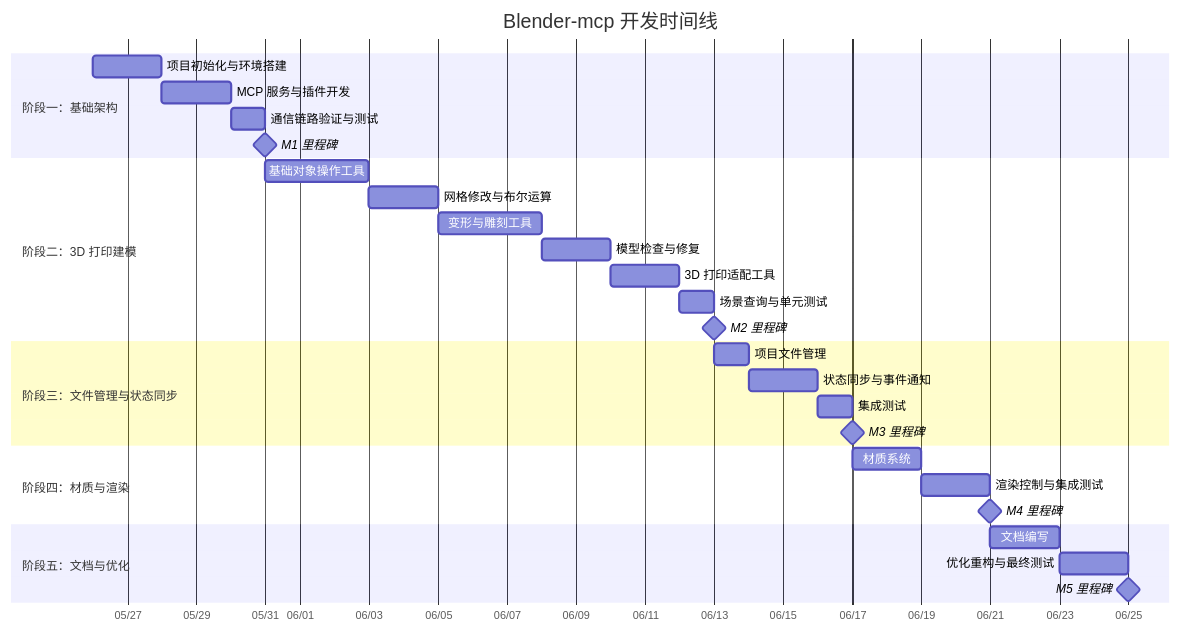
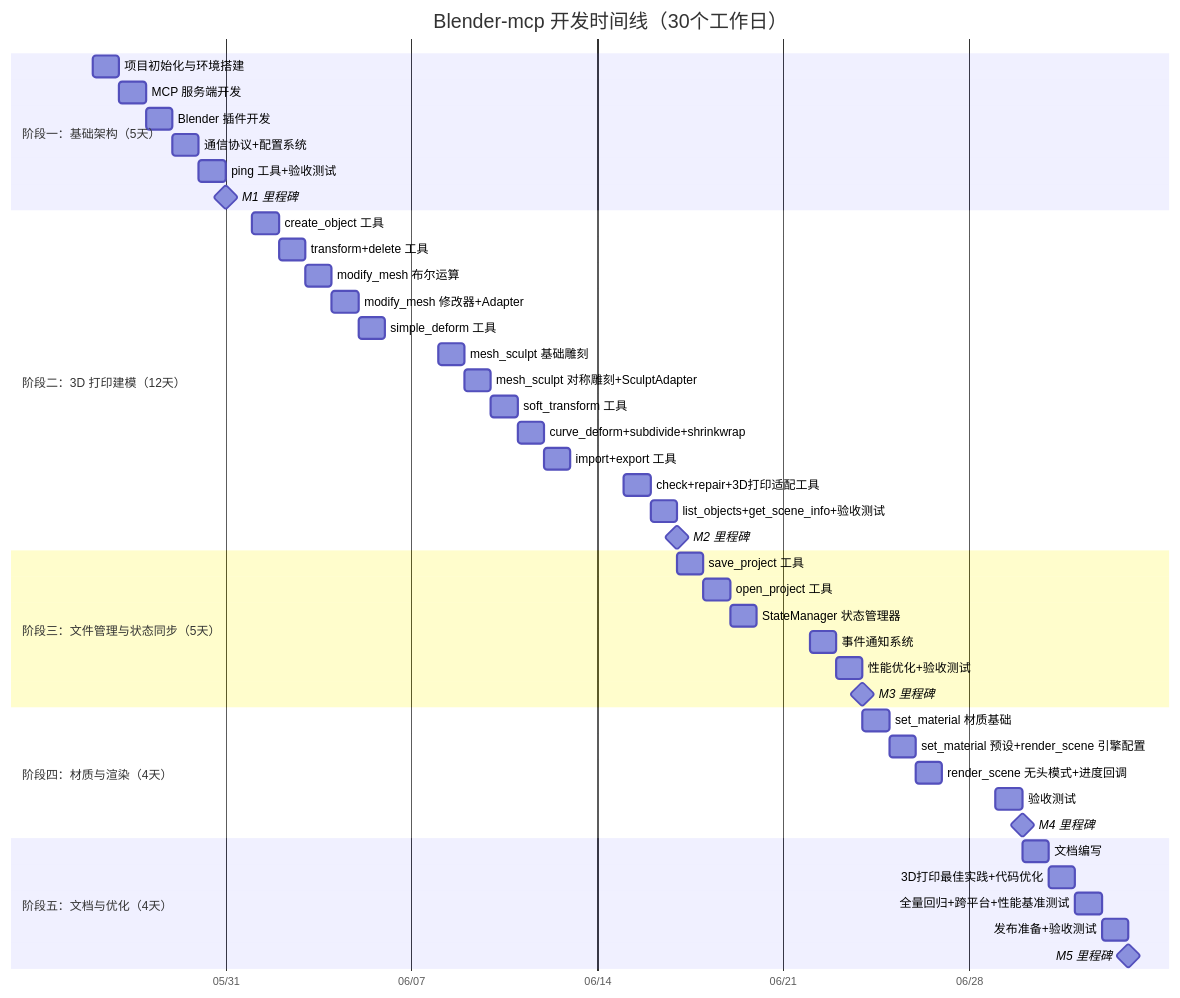
One commit to xjdxjd/Blender-MCP changed the first of 2 diagrams in document/开发计划.md. Above: the diagram before and after it, drawn with Mermaid. The commit also changed other lines of this file, not shown here.

````diff
--- a/document/开发计划.md
+++ b/document/开发计划.md
@@ -38,37 +39,51 @@
 ```mermaid
 gantt
-    title Blender-mcp 开发时间线
+    title Blender-mcp 开发时间线（30个工作日）
     dateFormat  YYYY-MM-DD
     axisFormat  %m/%d
 
-    section 阶段一：基础架构
-    项目初始化与环境搭建       :a1, 2026-05-26, 2d
-    MCP 服务与插件开发         :a2, after a1, 2d
-    通信链路验证与测试         :a3, after a2, 1d
-    M1 里程碑                  :milestone, after a3, 0d
+    section 阶段一：基础架构（5天）
+    项目初始化与环境搭建          :a1, 2026-05-26, 1d
+    MCP 服务端开发                :a2, 2026-05-27, 1d
+    Blender 插件开发              :a3, 2026-05-28, 1d
+    通信协议+配置系统             :a4, 2026-05-29, 1d
+    ping 工具+验收测试            :a5, 2026-05-30, 1d
+    M1 里程碑                     :milestone, after a5, 0d
 
-    section 阶段二：3D 打印建模
-    基础对象操作工具           :b1, after a3, 3d
-    网格修改与布尔运算         :b2, after b1, 2d
-    变形与雕刻工具             :b2b, after b2, 3d
-    模型检查与修复             :b3, after b2b, 2d
-    3D 打印适配工具           :b4, after b3, 2d
-    场景查询与单元测试         :b5, after b4, 1d
-    M2 里程碑                  :milestone, after b5, 0d
+    section 阶段二：3D 打印建模（12天）
+    create_object 工具            :b1, 2026-06-01, 1d
+    transform+delete 工具         :b2, 2026-06-02, 1d
+    modify_mesh 布尔运算          :b3, 2026-06-03, 1d
+    modify_mesh 修改器+Adapter    :b4, 2026-06-04, 1d
+    simple_deform 工具            :b5, 2026-06-05, 1d
+    mesh_sculpt 基础雕刻          :b6, 2026-06-08, 1d
+    mesh_sculpt 对称雕刻+SculptAdapter :b7, 2026-06-09, 1d
+    soft_transform 工具           :b8, 2026-06-10, 1d
+    curve_deform+subdivide+shrinkwrap :b9, 2026-06-11, 1d
+    import+export 工具            :b10, 2026-06-12, 1d
+    check+repair+3D打印适配工具    :b11, 2026-06-15, 1d
+    list_objects+get_scene_info+验收测试 :b12, 2026-06-16, 1d
+    M2 里程碑                     :milestone, after b12, 0d
 
-    section 阶段三：文件管理与状态同步
-    项目文件管理               :c1, after b5, 1d
-    状态同步与事件通知         :c2, after c1, 2d
-    集成测试                   :c3, after c2, 1d
-    M3 里程碑                  :milestone, after c3, 0d
+    section 阶段三：文件管理与状态同步（5天）
+    save_project 工具             :c1, 2026-06-17, 1d
+    open_project 工具             :c2, 2026-06-18, 1d
+    StateManager 状态管理器       :c3, 2026-06-19, 1d
+    事件通知系统                  :c4, 2026-06-22, 1d
+    性能优化+验收测试             :c5, 2026-06-23, 1d
+    M3 里程碑                     :milestone, after c5, 0d
 
-    section 阶段四：材质与渲染
-    材质系统                   :d1, after c3, 2d
-    渲染控制与集成测试         :d2, after d1, 2d
-    M4 里程碑                  :milestone, after d2, 0d
+    section 阶段四：材质与渲染（4天）
+    set_material 材质基础         :d1, 2026-06-24, 1d
+    set_material 预设+render_scene 引擎配置 :d2, 2026-06-25, 1d
+    render_scene 无头模式+进度回调 :d3, 2026-06-26, 1d
+    验收测试                      :d4, 2026-06-29, 1d
+    M4 里程碑                     :milestone, after d4, 0d
 
-    section 阶段五：文档与优化
-    文档编写                   :e1, after d2, 2d
-    优化重构与最终测试         :e2, after e1, 2d
-    M5 里程碑                  :milestone, after e2, 0d
+    section 阶段五：文档与优化（4天）
+    文档编写                      :e1, 2026-06-30, 1d
+    3D打印最佳实践+代码优化       :e2, 2026-07-01, 1d
+    全量回归+跨平台+性能基准测试  :e3, 2026-07-02, 1d
+    发布准备+验收测试             :e4, 2026-07-03, 1d
+    M5 里程碑                     :milestone, after e4, 0d
 ```
````
